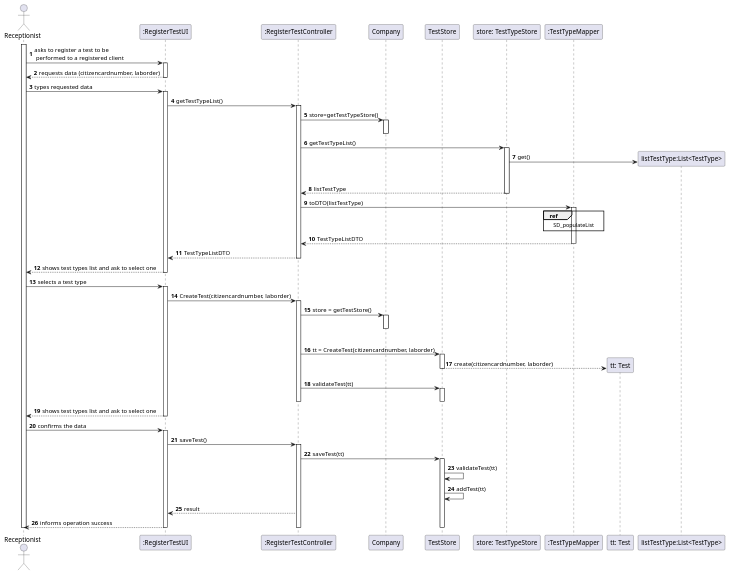
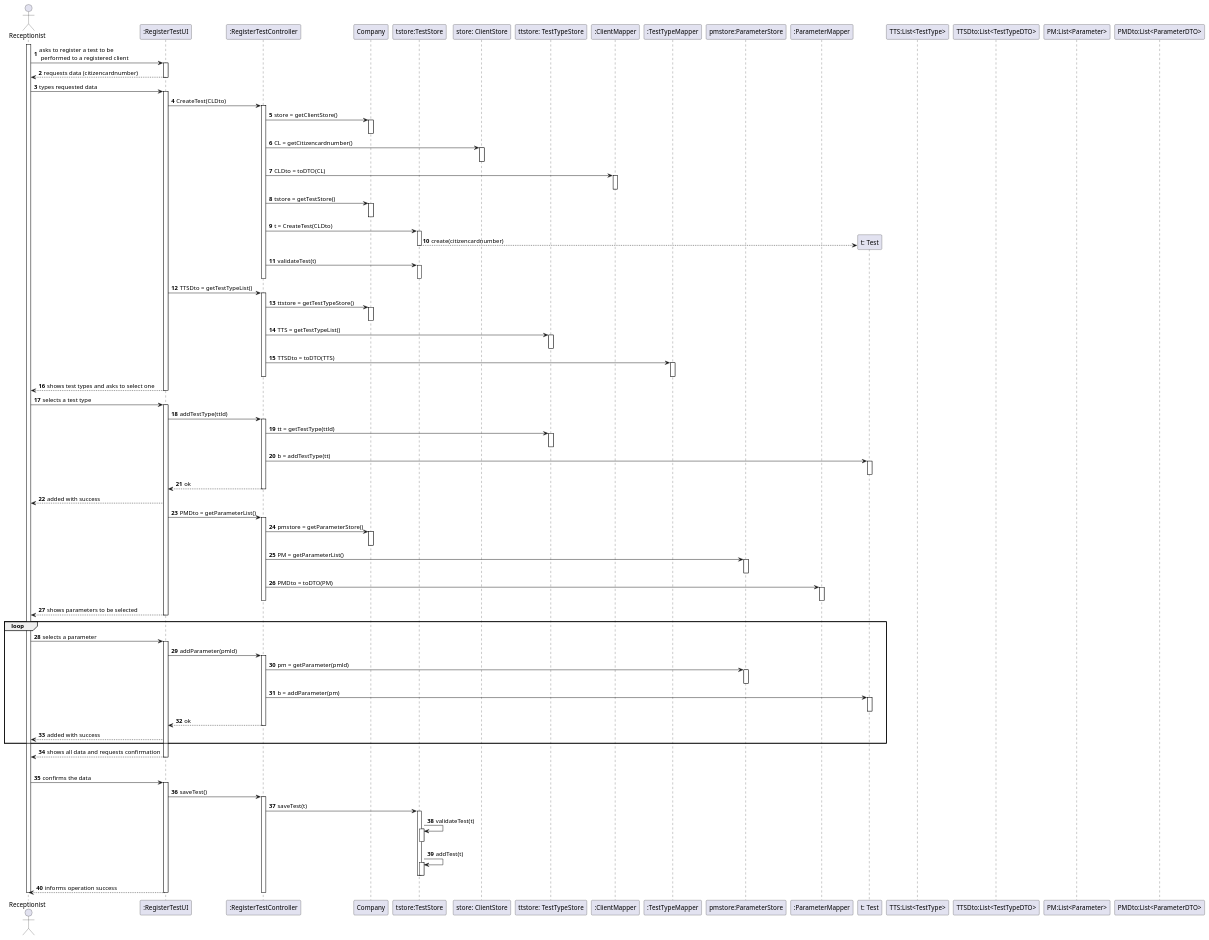
Before and after one commit to manu-07-ela/LAPR2_ISEP: the diagram in docs/SprintC/US04/US04_SD.puml, drawn with PlantUML. The commit also changed 2 other files, not shown here.

```diff
--- a/docs/SprintC/US04/US04_SD.puml
+++ b/docs/SprintC/US04/US04_SD.puml
@@ -1,103 +1,170 @@
 @startuml
 autonumber
 'hide footbox
 actor "Receptionist" as REP
 
 participant ":RegisterTestUI" as UI
 participant ":RegisterTestController" as CTRL
 participant "Company" as COMP
-participant "TestStore" as TS
-participant "store: TestTypeStore" as TTS
+participant "tstore:TestStore" as TS
+participant "store: ClientStore" as CS
+participant "ttstore: TestTypeStore" as TTS
+participant ":ClientMapper" as MapperC
 participant ":TestTypeMapper" as MapperTT
-participant "tt: Test" as TT
-
+participant "pmstore:ParameterStore" as PMS
+participant ":ParameterMapper" as MapperPM
+participant "t: Test" as T
+participant "TTS:List<TestType>"
+participant "TTSDto:List<TestTypeDTO>"
+participant "PM:List<Parameter>"
+participant "PMDto:List<ParameterDTO>"
 
 activate REP
 REP -> UI : asks to register a test to be \n performed to a registered client
 activate UI
-UI --> REP : requests data (citizencardnumber, laborder)
+UI --> REP : requests data (citizencardnumber)
 deactivate UI
 
 REP -> UI : types requested data
 activate UI
 
-UI -> CTRL : getTestTypeList()
+UI -> CTRL : CreateTest(CLDto)
 activate CTRL
 
-CTRL -> COMP : store=getTestTypeStore()
+CTRL -> COMP : store = getClientStore()
 activate COMP
 deactivate COMP
 
-CTRL -> TTS : getTestTypeList()
+CTRL -> CS : CL = getCitizencardnumber()
+activate CS
+deactivate CS
+CTRL -> MapperC : CLDto = toDTO(CL)
+activate MapperC
+deactivate MapperC
+
+CTRL -> COMP : tstore = getTestStore()
+activate COMP
+deactivate COMP
+CTRL -> TS : t = CreateTest(CLDto)
+
+activate TS
+TS --> T**: create(citizencardnumber)
+deactivate TS
+
+CTRL -> TS : validateTest(t)
+activate TS
+deactivate TS
+deactivate CTRL
+
+UI -> CTRL : TTSDto = getTestTypeList()
+
+activate CTRL
+
+CTRL -> COMP : ttstore = getTestTypeStore()
+activate COMP
+deactivate COMP
+
+CTRL -> TTS : TTS = getTestTypeList()
 activate TTS
-TTS -> "listTestType:List<TestType>"** : get()
+deactivate TTS
+CTRL -> MapperTT : TTSDto = toDTO(TTS)
+activate MapperTT
+deactivate MapperTT
+deactivate CTRL
 
-|||
 
-TTS --> CTRL : listTestType
-deactivate TTS
-
-CTRL -> MapperTT :toDTO(listTestType)
-activate MapperTT
-ref over MapperTT
-SD_populateList
-end ref
-MapperTT --> CTRL : TestTypeListDTO
-deactivate MapperTT
-CTRL --> UI : TestTypeListDTO
-deactivate CTRL
-UI --> REP : shows test types list and ask to select one
+UI --> REP : shows test types and asks to select one
 deactivate UI
 
 REP -> UI : selects a test type
 activate UI
 
-UI -> CTRL : CreateTest(citizencardnumber, laborder)
+UI -> CTRL : addTestType(ttld)
+
 activate CTRL
 
-CTRL -> COMP : store = getTestStore()
+CTRL -> TTS : tt = getTestType(ttld)
+activate TTS
+deactivate TTS
+
+CTRL -> T : b = addTestType(tt)
+activate T
+deactivate T
+CTRL --> UI : ok
+deactivate CTRL
+
+UI --> REP : added with success
+
+UI -> CTRL : PMDto = getParameterList()
+
+activate CTRL
+
+CTRL -> COMP : pmstore = getParameterStore()
 activate COMP
-|||
 deactivate COMP
 
-deactivate COMP
-
-CTRL -> TS : tt = CreateTest(citizencardnumber, laborder)
-
-activate TS
-TS --> TT**: create(citizencardnumber, laborder)
-deactivate TS
-
-CTRL -> TS : validateTest(tt)
-activate TS
-deactivate TS
+CTRL -> PMS : PM = getParameterList()
+activate PMS
+deactivate PMS
+CTRL -> MapperPM : PMDto = toDTO(PM)
+activate MapperPM
+deactivate MapperPM
 deactivate CTRL
 
-UI --> REP : shows test types list and ask to select one
+UI --> REP : shows parameters to be selected
+deactivate UI
+
+loop
+REP -> UI : selects a parameter
+activate UI
+
+UI -> CTRL : addParameter(pmld)
+
+activate CTRL
+
+CTRL -> PMS : pm = getParameter(pmld)
+activate PMS
+deactivate PMS
+
+CTRL -> T : b = addParameter(pm)
+activate T
+deactivate T
+CTRL --> UI : ok
+deactivate CTRL
+
+UI --> REP : added with success
+end
+UI --> REP : shows all data and requests confirmation
+deactivate UI
+
+|||
 
 deactivate TS
 deactivate COMP
 deactivate CTRL
 deactivate UI
 
 REP -> UI : confirms the data
 activate UI
 UI -> CTRL : saveTest()
 activate CTRL
 
-CTRL -> TS : saveTest(tt)
+CTRL -> TS : saveTest(t)
 activate TS
 
-TS -> TS: validateTest(tt)
-TS -> TS: addTest(tt)
-
-CTRL --> UI: result
+TS -> TS: validateTest(t)
+activate TS
+deactivate TS
+TS -> TS: addTest(t)
+activate TS
+deactivate TS
+deactivate TS
 
 UI --> REP : informs operation success
 deactivate TS
 deactivate CTRL
 deactivate UI
 
 deactivate REP
 
 @enduml
```
